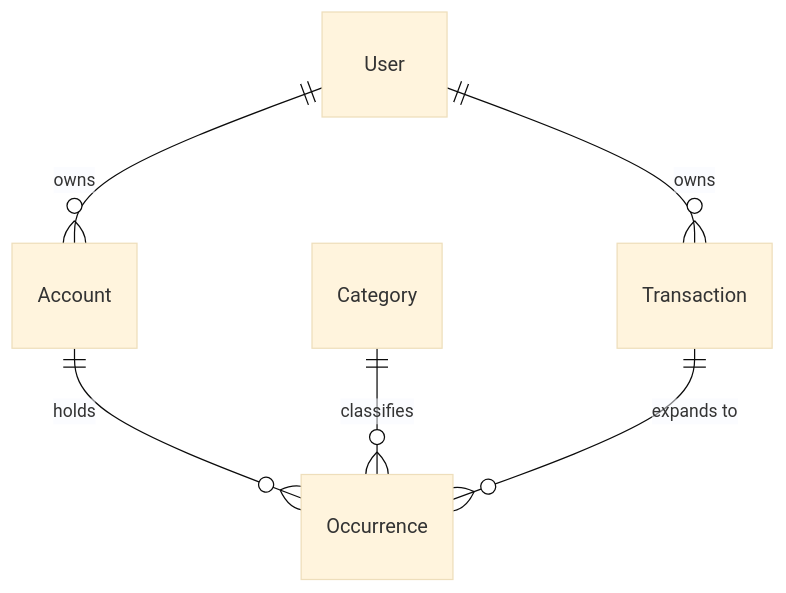
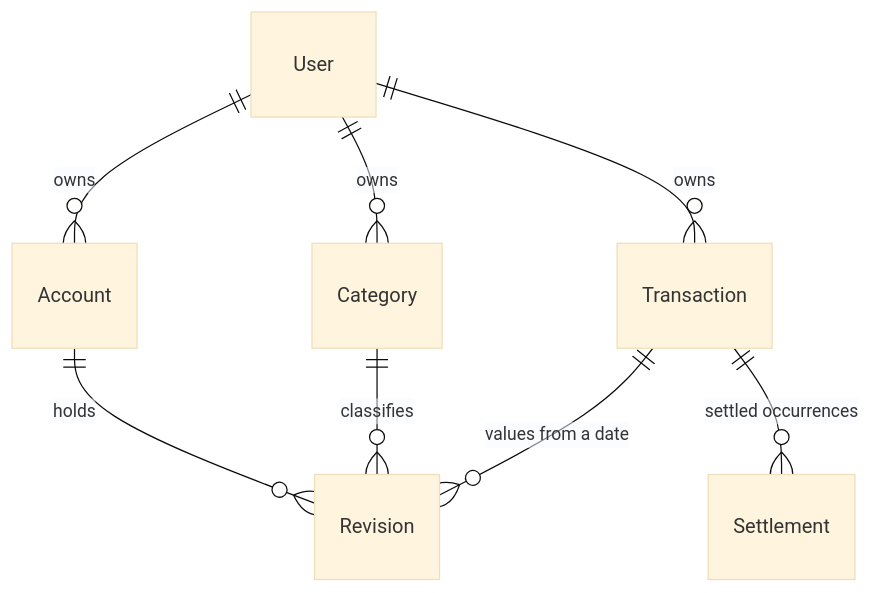
Before and after one commit to tghcastro/capital-care-v2: the third of 3 diagrams in .specs/features/monthly-balance/plan.md, drawn with Mermaid (base theme). The commit also changed other lines of this file and 1 other file, not shown here.

````diff
--- a/.specs/features/monthly-balance/plan.md
+++ b/.specs/features/monthly-balance/plan.md
@@ -47,8 +58,10 @@
 ```mermaid
 erDiagram
     User ||--o{ Account : owns
+    User ||--o{ Category : owns
     User ||--o{ Transaction : owns
-    Account ||--o{ Occurrence : "holds"
-    Category ||--o{ Occurrence : "classifies"
-    Transaction ||--o{ Occurrence : "expands to"
+    Transaction ||--o{ Revision : "values from a date"
+    Transaction ||--o{ Settlement : "settled occurrences"
+    Account ||--o{ Revision : "holds"
+    Category ||--o{ Revision : "classifies"
 ```
````
